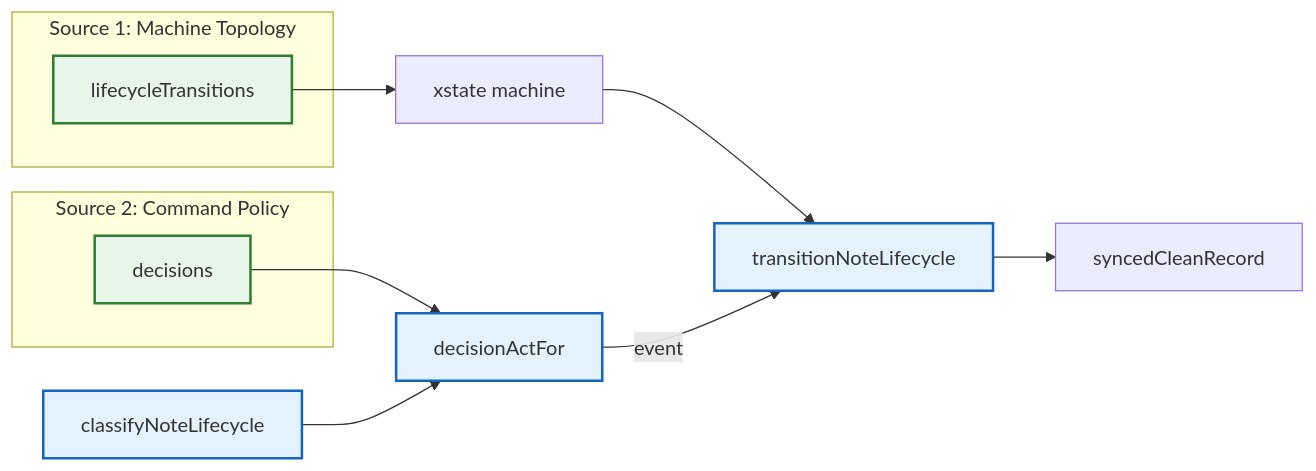
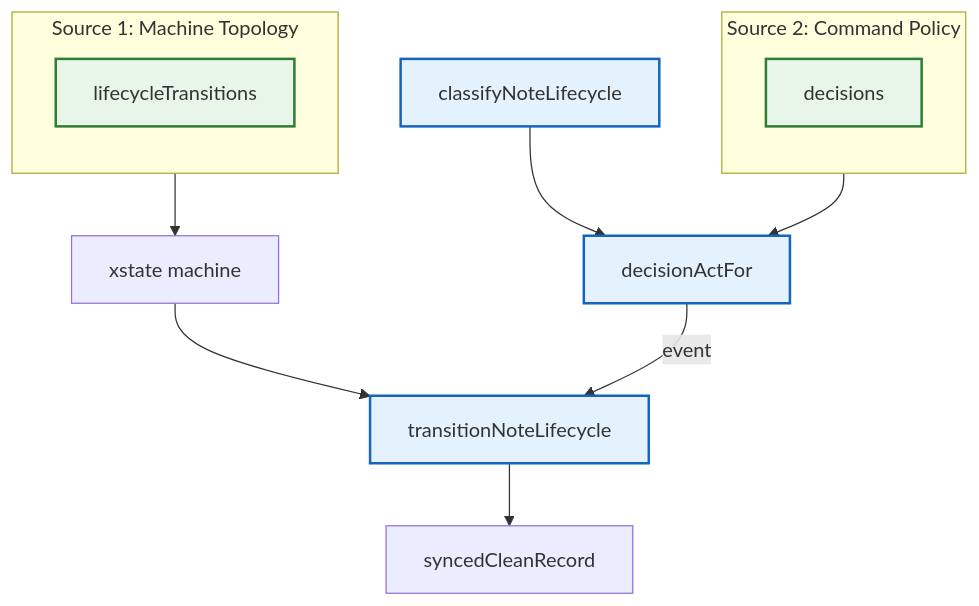
The sixth of 6 diagrams in docs/state-machine.md (Karol-Szykula/AnkiPalace), drawn with Mermaid before and after one commit. The commit also changed other lines of this file and 3 other files, not shown here.

Commit message:
Improve mermaid diagrams readibility

````diff
--- a/docs/state-machine.md
+++ b/docs/state-machine.md
@@ -344,25 +353,27 @@
 ```mermaid
-flowchart LR
+flowchart TB
   subgraph SRC1["Source 1: Machine Topology"]
+    direction TB
     LT["lifecycleTransitions"]
   end
   subgraph SRC2["Source 2: Command Policy"]
+    direction TB
     DT["decisions"]
   end
 
   LT --> XSTATE["xstate machine"]
   XSTATE --> TRANSIT["transitionNoteLifecycle"]
 
   DT --> DECIDE["decisionActFor"]
   DECIDE -->|event| TRANSIT
 
   CLASSIFY["classifyNoteLifecycle"] --> DECIDE
   TRANSIT --> LEDGER["syncedCleanRecord"]
 
   classDef src fill:#e8f5e9,stroke:#2e7d32,stroke-width:2px;
   classDef derived fill:#fff3e0,stroke:#ef6c00,stroke-width:2px;
   classDef runtime fill:#e3f2fd,stroke:#1565c0,stroke-width:2px;
   class LT,DT src;
   class DECIDE derived;
   class CLASSIFY,DECIDE,TRANSIT runtime;
 ```
````
